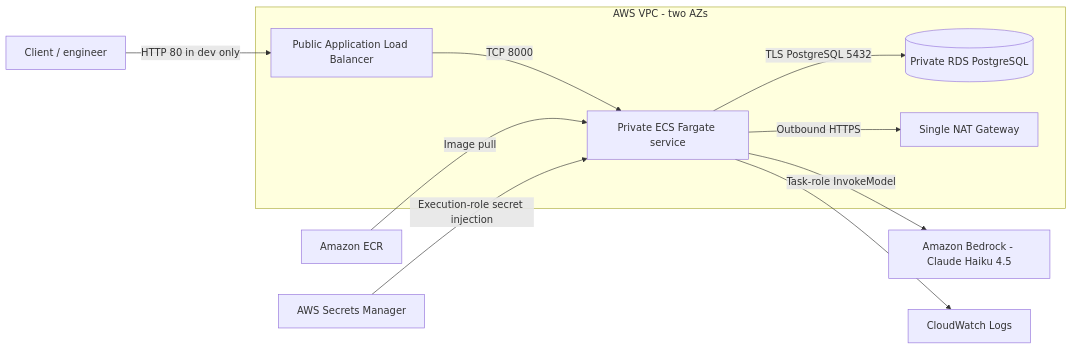
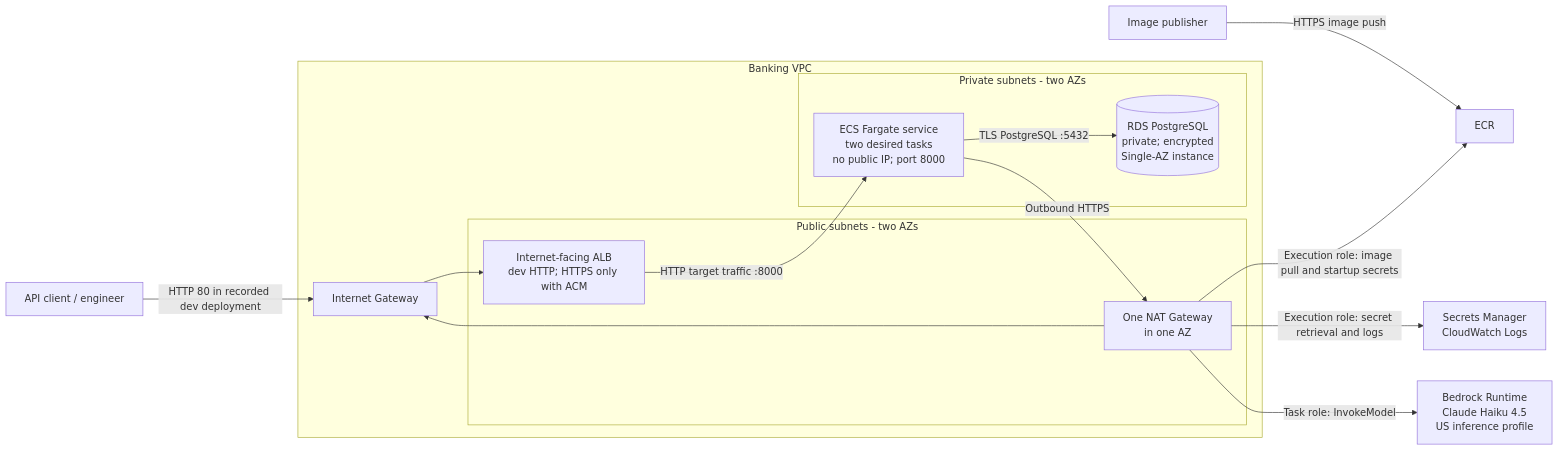
The diagram in README.md (ALLWT255/banking-app), drawn with Mermaid before and after one commit. The commit also changed other lines of this file and 28 other files, not shown here.

````diff
--- a/README.md
+++ b/README.md
@@ -20,13 +53,26 @@
 ```mermaid
 flowchart LR
-    Client[Client / engineer] -->|HTTP 80 in dev only| ALB[Public Application Load Balancer]
-    subgraph VPC["AWS VPC - two AZs"]
-        ALB -->|TCP 8000| ECS[Private ECS Fargate service]
-        ECS -->|TLS PostgreSQL 5432| RDS[(Private RDS PostgreSQL)]
-        ECS -->|Outbound HTTPS| NAT[Single NAT Gateway]
+    Client["API client / engineer"] -->|HTTP 80 in recorded dev deployment| IGW
+    Operator["Image publisher"] -->|HTTPS image push| ECR
+
+    subgraph VPC["Banking VPC"]
+        IGW["Internet Gateway"]
+        subgraph Public["Public subnets - two AZs"]
+            ALB["Internet-facing ALB<br/>dev HTTP; HTTPS only with ACM"]
+            NAT["One NAT Gateway<br/>in one AZ"]
+        end
+        subgraph Private["Private subnets - two AZs"]
+            ECS["ECS Fargate service<br/>two desired tasks<br/>no public IP; port 8000"]
+            RDS[("RDS PostgreSQL<br/>private; encrypted<br/>Single-AZ instance")]
+        end
+        IGW --> ALB
+        ALB -->|HTTP target traffic :8000| ECS
+        ECS -->|TLS PostgreSQL :5432| RDS
+        ECS -->|Outbound HTTPS| NAT
+        NAT --> IGW
     end
-    ECR[Amazon ECR] -->|Image pull| ECS
-    SM[AWS Secrets Manager] -->|Execution-role secret injection| ECS
-    ECS -->|Task-role InvokeModel| Bedrock[Amazon Bedrock - Claude Haiku 4.5]
-    ECS --> CW[CloudWatch Logs]
+
+    NAT -->|Execution role: image pull and startup secrets| ECR
+    NAT -->|Execution role: secret retrieval and logs| AWSOPS["Secrets Manager<br/>CloudWatch Logs"]
+    NAT -->|Task role: InvokeModel| BEDROCK["Bedrock Runtime<br/>Claude Haiku 4.5<br/>US inference profile"]
 ```
````
